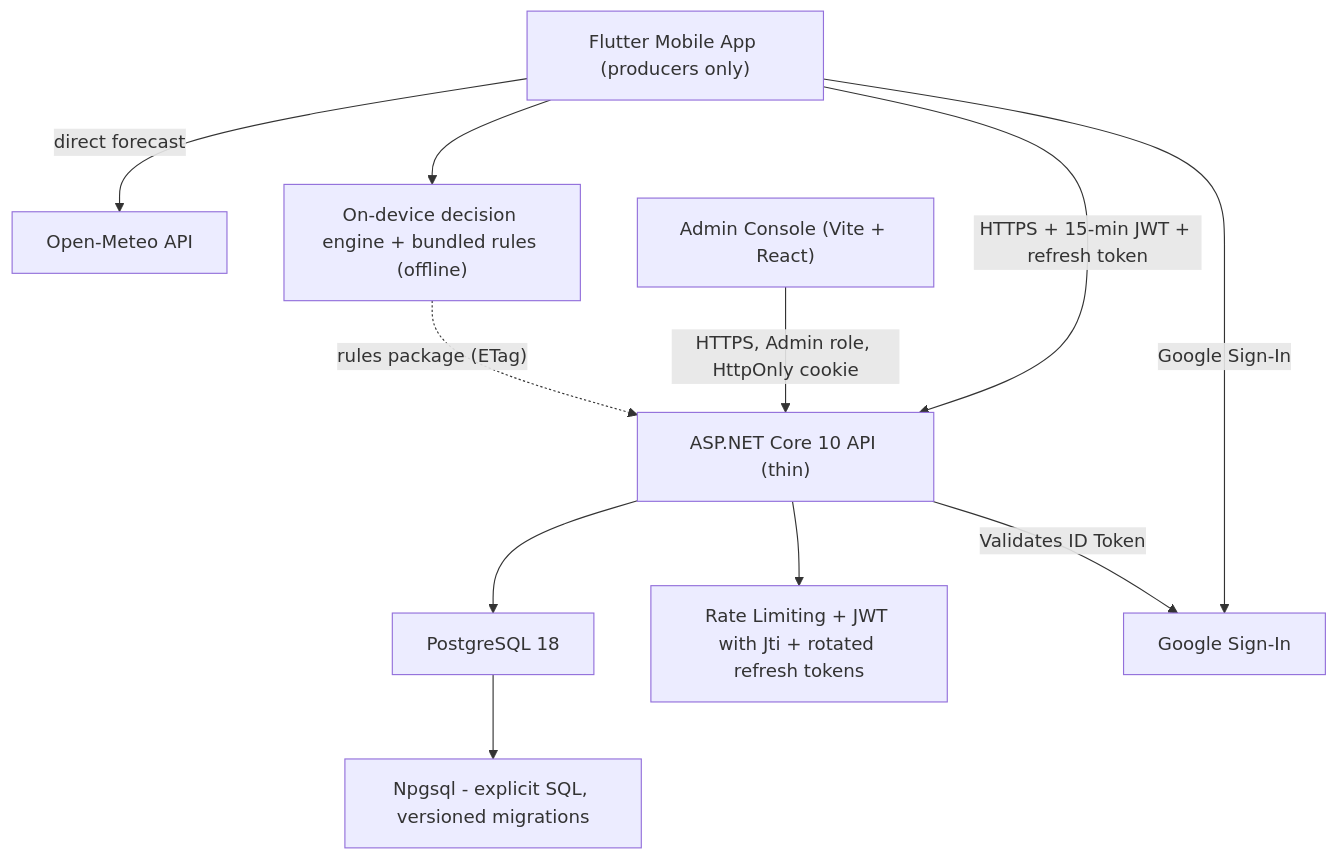
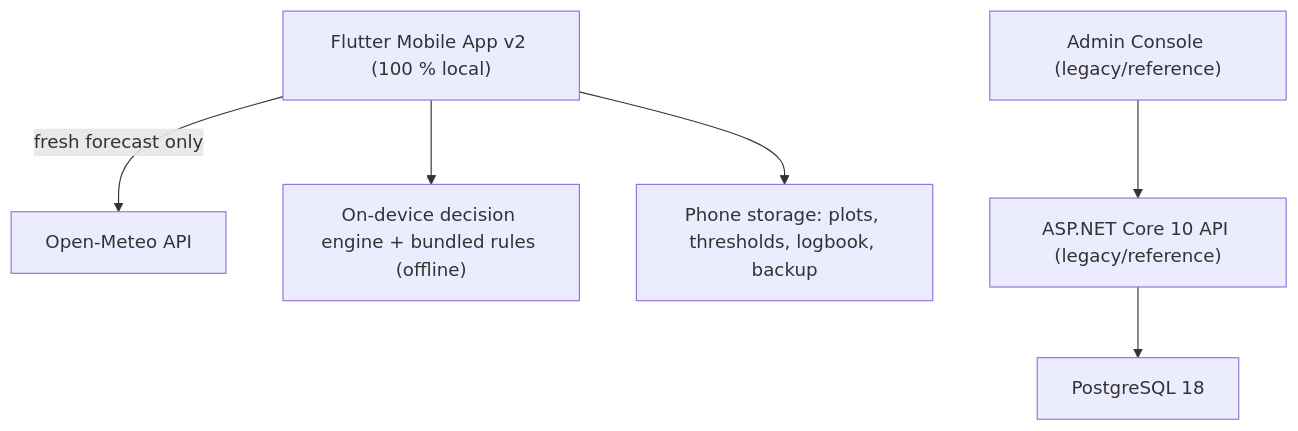
The diagram in README.md (Abemilek/CosechaClima), drawn with Mermaid before and after one commit. The commit also changed other lines of this file and 80 other files, not shown here.

First line of the commit message:
feat(mobile): convertir la app a local-first sin servidor

````diff
--- a/README.md
+++ b/README.md
@@ -61,13 +61,8 @@
 ```mermaid
 flowchart TD
-    A["Flutter Mobile App (producers only)"] -->|"direct forecast"| E["Open-Meteo API"]
+    A["Flutter Mobile App v2 (100 % local)"] -->|"fresh forecast only"| E["Open-Meteo API"]
     A --> M["On-device decision engine + bundled rules (offline)"]
-    A -->|"HTTPS + 15-min JWT + refresh token"| B["ASP.NET Core 10 API (thin)"]
-    P["Admin Console (Vite + React)"] -->|"HTTPS, Admin role, HttpOnly cookie"| B
-    M -.->|"rules package (ETag)"| B
-    B --> F["PostgreSQL 18"]
-    F --> G["Npgsql - explicit SQL, versioned migrations"]
-    B --> H["Rate Limiting + JWT with Jti + rotated refresh tokens"]
-    A -->|"Google Sign-In"| I["Google Sign-In"]
-    B -->|"Validates ID Token"| I
+    A --> L["Phone storage: plots, thresholds, logbook, backup"]
+    B["ASP.NET Core 10 API (legacy/reference)"] --> F["PostgreSQL 18"]
+    P["Admin Console (legacy/reference)"] --> B
 ```
````
